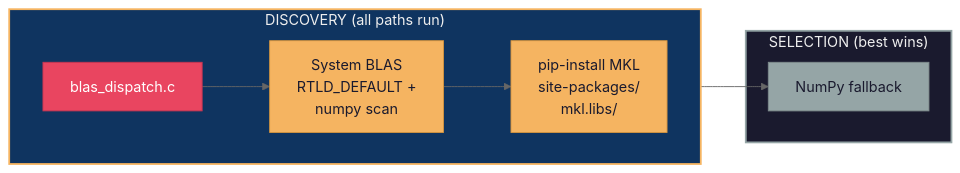
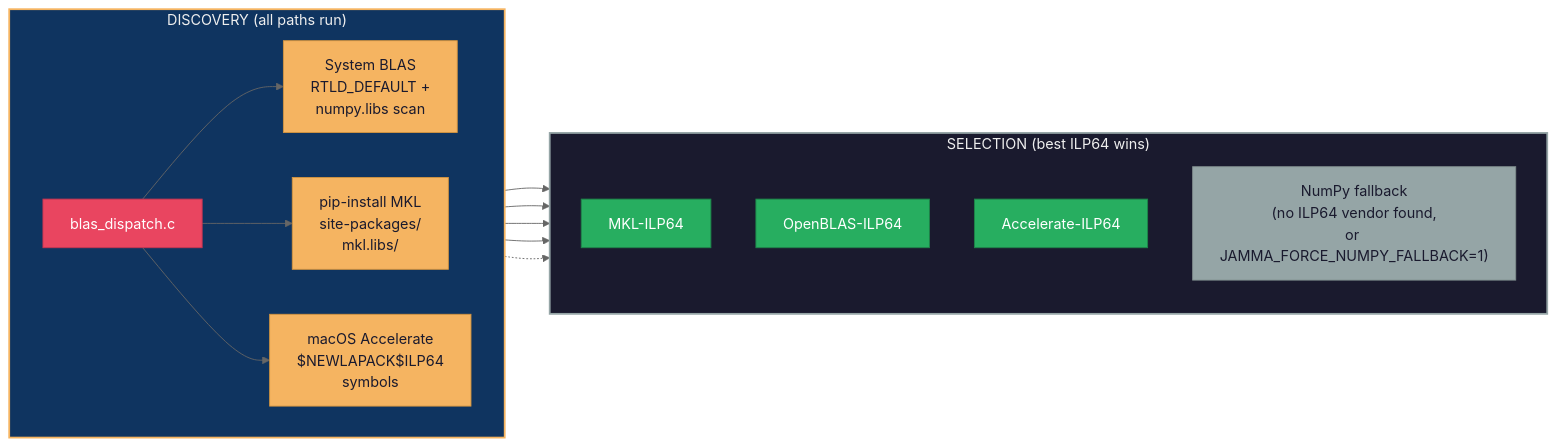
One commit to michael-denyer/jamma changed the second of 2 diagrams in docs/JLINALG_ARCHITECTURE.md. Above: the diagram before and after it, drawn with Mermaid (neutral theme). The commit also changed other lines of this file and 5 other files, not shown here.

````diff
--- a/docs/JLINALG_ARCHITECTURE.md
+++ b/docs/JLINALG_ARCHITECTURE.md
@@ -61,24 +61,39 @@
 ```mermaid
 graph LR
     subgraph DISCOVER["DISCOVERY (all paths run)"]
         direction LR
         A["blas_dispatch.c"]
-        B["System BLAS<br/>RTLD_DEFAULT +<br/>numpy scan"]
+        B["System BLAS<br/>RTLD_DEFAULT +<br/>numpy.libs scan"]
         C["pip-install MKL<br/>site-packages/<br/>mkl.libs/"]
-        A --> B --> C
+        D["macOS Accelerate<br/>$NEWLAPACK$ILP64<br/>symbols"]
+        A --> B
+        A --> C
+        A --> D
     end
 
-    subgraph SELECT["SELECTION (best wins)"]
-        E["NumPy fallback"]
+    subgraph SELECT["SELECTION (best ILP64 wins)"]
+        direction TB
+        S1["MKL-ILP64"]
+        S2["OpenBLAS-ILP64"]
+        S3["Accelerate-ILP64"]
+        S4["NumPy fallback<br/>(no ILP64 vendor found,<br/>or JAMMA_FORCE_NUMPY_FALLBACK=1)"]
     end
 
-    C --> E
+    B --> S1
+    B --> S2
+    C --> S1
+    D --> S3
+    A -.-> S4
 
     style DISCOVER fill:#0f3460,stroke:#f5b461,color:#eee,stroke-width:2px
     style SELECT fill:#1a1a2e,stroke:#95a5a6,color:#eee,stroke-width:2px
 
     style A fill:#e94560,stroke:#c73550,color:#fff
     style B fill:#f5b461,stroke:#d4943f,color:#1a1a2e
     style C fill:#f5b461,stroke:#d4943f,color:#1a1a2e
-    style E fill:#95a5a6,stroke:#7f8c8d,color:#1a1a2e
+    style D fill:#f5b461,stroke:#d4943f,color:#1a1a2e
+    style S1 fill:#27ae60,stroke:#1e8449,color:#fff
+    style S2 fill:#27ae60,stroke:#1e8449,color:#fff
+    style S3 fill:#27ae60,stroke:#1e8449,color:#fff
+    style S4 fill:#95a5a6,stroke:#7f8c8d,color:#1a1a2e
 ```
````
